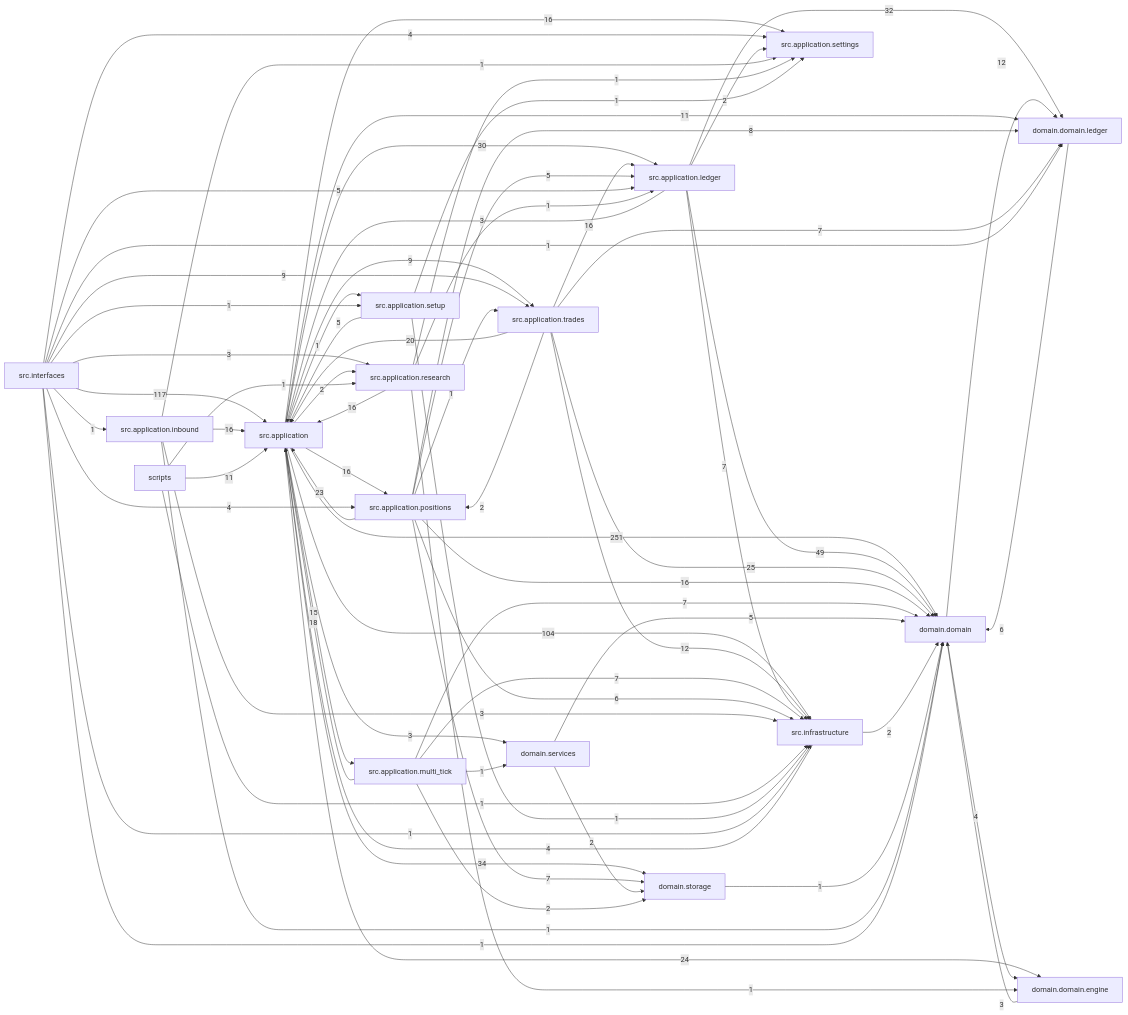
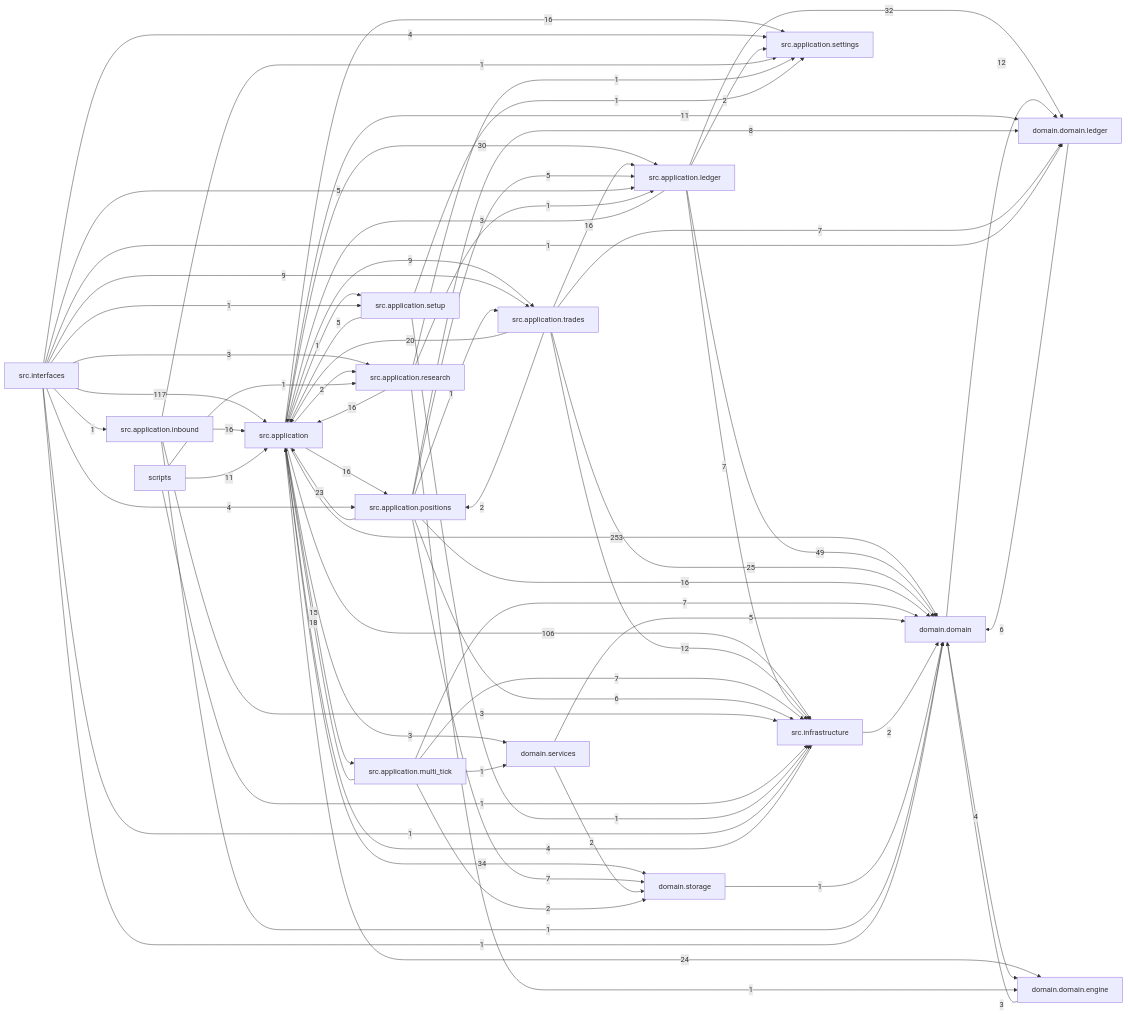
One commit to liuxie066/options-monitor changed the diagram in docs/dependency_graph.mmd. Above: the diagram before and after it, drawn with Mermaid. The commit also changed 30 other files, not shown here.

```diff
--- a/docs/dependency_graph.mmd
+++ b/docs/dependency_graph.mmd
@@ -1,71 +1,71 @@
 flowchart LR
-  src_application["src.application"] -->|251| domain_domain["domain.domain"]
+  src_application["src.application"] -->|253| domain_domain["domain.domain"]
   src_interfaces["src.interfaces"] -->|117| src_application["src.application"]
-  src_application["src.application"] -->|104| src_infrastructure["src.infrastructure"]
+  src_application["src.application"] -->|106| src_infrastructure["src.infrastructure"]
   src_application_ledger["src.application.ledger"] -->|49| domain_domain["domain.domain"]
   src_application["src.application"] -->|34| domain_storage["domain.storage"]
   src_application_ledger["src.application.ledger"] -->|32| domain_domain_ledger["domain.domain.ledger"]
   src_application["src.application"] -->|30| src_application_ledger["src.application.ledger"]
   src_application_trades["src.application.trades"] -->|25| domain_domain["domain.domain"]
   src_application["src.application"] -->|24| domain_domain_engine["domain.domain.engine"]
   src_application_positions["src.application.positions"] -->|23| src_application["src.application"]
   src_application_trades["src.application.trades"] -->|20| src_application["src.application"]
   src_application_multi_tick["src.application.multi_tick"] -->|18| src_application["src.application"]
   src_application["src.application"] -->|16| src_application_positions["src.application.positions"]
   src_application["src.application"] -->|16| src_application_settings["src.application.settings"]
   src_application_inbound["src.application.inbound"] -->|16| src_application["src.application"]
   src_application_positions["src.application.positions"] -->|16| domain_domain["domain.domain"]
   src_application_research["src.application.research"] -->|16| src_application["src.application"]
   src_application_trades["src.application.trades"] -->|16| src_application_ledger["src.application.ledger"]
   src_application["src.application"] -->|15| src_application_multi_tick["src.application.multi_tick"]
   domain_domain["domain.domain"] -->|12| domain_domain_ledger["domain.domain.ledger"]
   src_application_trades["src.application.trades"] -->|12| src_infrastructure["src.infrastructure"]
   scripts["scripts"] -->|11| src_application["src.application"]
   src_application["src.application"] -->|11| domain_domain_ledger["domain.domain.ledger"]
   src_application["src.application"] -->|9| src_application_trades["src.application.trades"]
   src_interfaces["src.interfaces"] -->|9| src_application_trades["src.application.trades"]
   src_application_positions["src.application.positions"] -->|8| domain_domain_ledger["domain.domain.ledger"]
   src_application_ledger["src.application.ledger"] -->|7| src_infrastructure["src.infrastructure"]
   src_application_multi_tick["src.application.multi_tick"] -->|7| domain_domain["domain.domain"]
   src_application_multi_tick["src.application.multi_tick"] -->|7| src_infrastructure["src.infrastructure"]
   src_application_positions["src.application.positions"] -->|7| domain_storage["domain.storage"]
   src_application_trades["src.application.trades"] -->|7| domain_domain_ledger["domain.domain.ledger"]
   domain_domain_ledger["domain.domain.ledger"] -->|6| domain_domain["domain.domain"]
   src_application_positions["src.application.positions"] -->|6| src_infrastructure["src.infrastructure"]
   domain_services["domain.services"] -->|5| domain_domain["domain.domain"]
   src_application_positions["src.application.positions"] -->|5| src_application_ledger["src.application.ledger"]
   src_application_setup["src.application.setup"] -->|5| src_application["src.application"]
   src_interfaces["src.interfaces"] -->|5| src_application_ledger["src.application.ledger"]
   domain_domain["domain.domain"] -->|4| domain_domain_engine["domain.domain.engine"]
   src_infrastructure["src.infrastructure"] -->|4| src_application["src.application"]
   src_interfaces["src.interfaces"] -->|4| src_application_positions["src.application.positions"]
   src_interfaces["src.interfaces"] -->|4| src_application_settings["src.application.settings"]
   domain_domain_engine["domain.domain.engine"] -->|3| domain_domain["domain.domain"]
   src_application["src.application"] -->|3| domain_services["domain.services"]
   src_application_inbound["src.application.inbound"] -->|3| src_infrastructure["src.infrastructure"]
   src_application_ledger["src.application.ledger"] -->|3| src_application["src.application"]
   src_interfaces["src.interfaces"] -->|3| src_application_research["src.application.research"]
   domain_services["domain.services"] -->|2| domain_storage["domain.storage"]
   src_application["src.application"] -->|2| src_application_research["src.application.research"]
   src_application_ledger["src.application.ledger"] -->|2| src_application_settings["src.application.settings"]
   src_application_multi_tick["src.application.multi_tick"] -->|2| domain_storage["domain.storage"]
   src_application_trades["src.application.trades"] -->|2| src_application_positions["src.application.positions"]
   src_infrastructure["src.infrastructure"] -->|2| domain_domain["domain.domain"]
   domain_storage["domain.storage"] -->|1| domain_domain["domain.domain"]
   scripts["scripts"] -->|1| src_application_research["src.application.research"]
   scripts["scripts"] -->|1| src_infrastructure["src.infrastructure"]
   src_application["src.application"] -->|1| src_application_setup["src.application.setup"]
   src_application_inbound["src.application.inbound"] -->|1| domain_domain["domain.domain"]
   src_application_inbound["src.application.inbound"] -->|1| src_application_settings["src.application.settings"]
   src_application_multi_tick["src.application.multi_tick"] -->|1| domain_services["domain.services"]
   src_application_positions["src.application.positions"] -->|1| src_application_trades["src.application.trades"]
   src_application_research["src.application.research"] -->|1| domain_domain_engine["domain.domain.engine"]
   src_application_research["src.application.research"] -->|1| src_application_ledger["src.application.ledger"]
   src_application_research["src.application.research"] -->|1| src_application_settings["src.application.settings"]
   src_application_setup["src.application.setup"] -->|1| src_application_settings["src.application.settings"]
   src_application_setup["src.application.setup"] -->|1| src_infrastructure["src.infrastructure"]
   src_interfaces["src.interfaces"] -->|1| domain_domain["domain.domain"]
   src_interfaces["src.interfaces"] -->|1| domain_domain_ledger["domain.domain.ledger"]
   src_interfaces["src.interfaces"] -->|1| src_application_inbound["src.application.inbound"]
   src_interfaces["src.interfaces"] -->|1| src_application_setup["src.application.setup"]
   src_interfaces["src.interfaces"] -->|1| src_infrastructure["src.infrastructure"]
```
